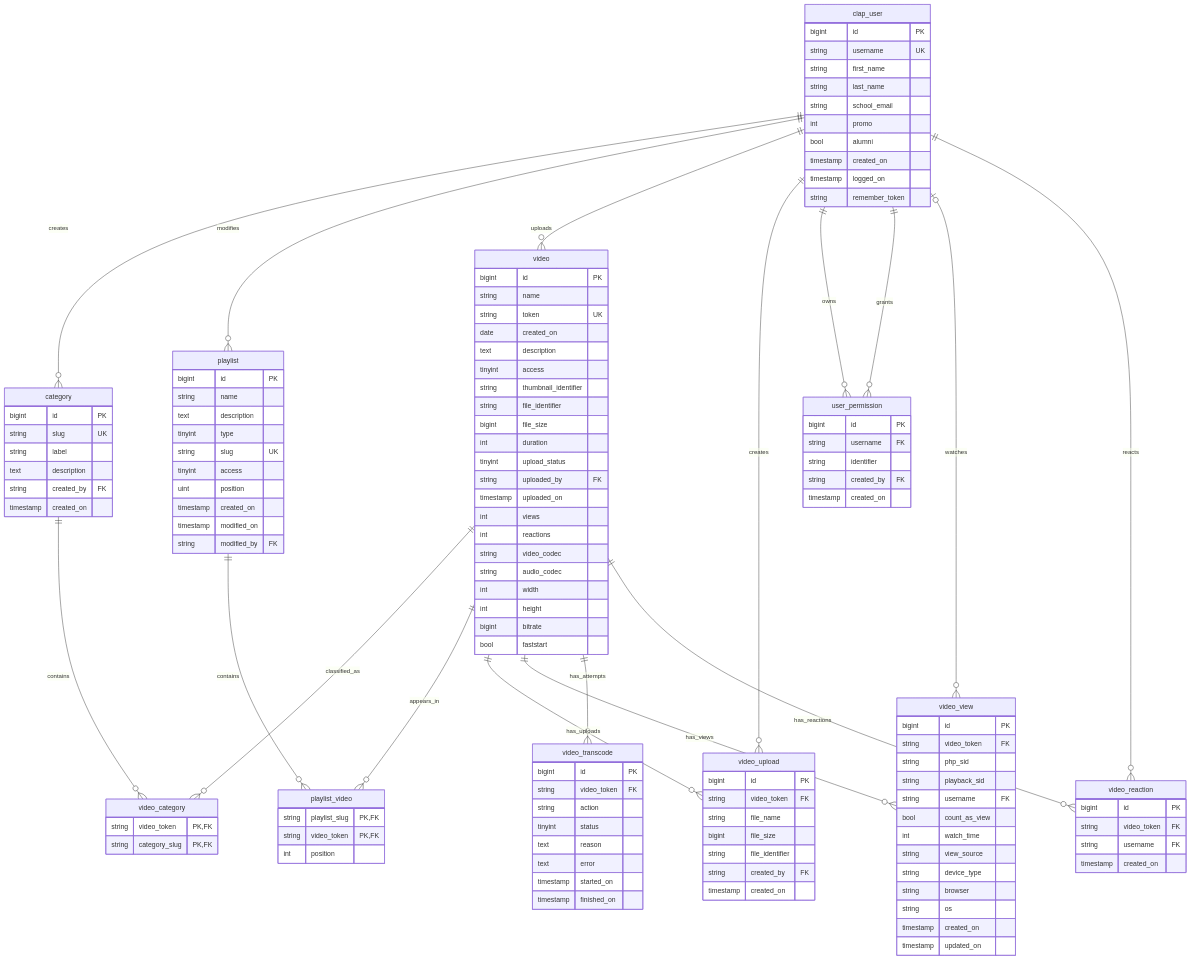
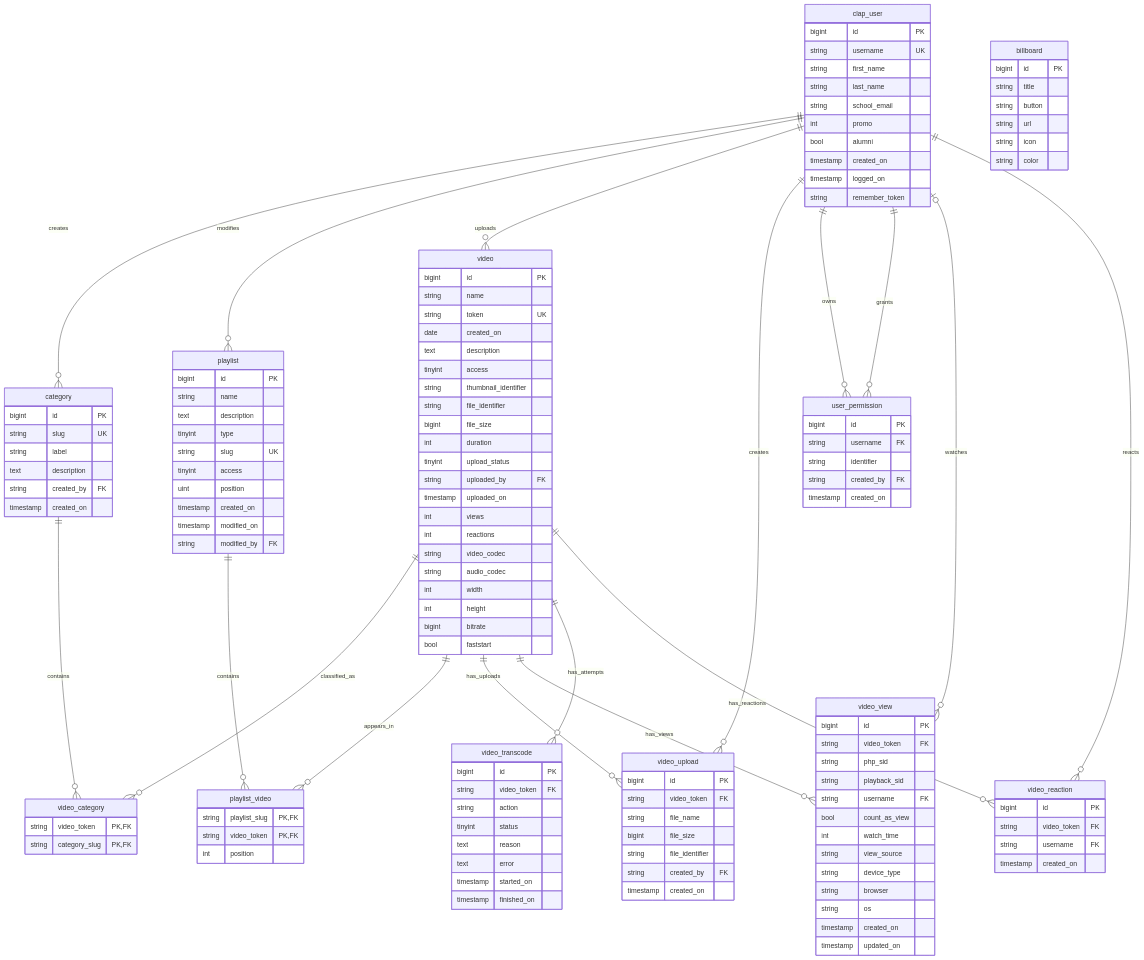
One commit to le-clap/myclap changed the diagram in README.md. Above: the diagram before and after it, drawn with Mermaid. The commit also changed 56 other files, not shown here.

```diff
--- a/README.md
+++ b/README.md
@@ -292,6 +292,15 @@
         timestamp created_on
     }
 
+    billboard {
+        bigint id PK
+        string title
+        string button
+        string url
+        string icon
+        string color
+    }
+
     clap_user ||--o{ category: creates
     clap_user ||--o{ playlist: modifies
     clap_user ||--o{ video: uploads
```
